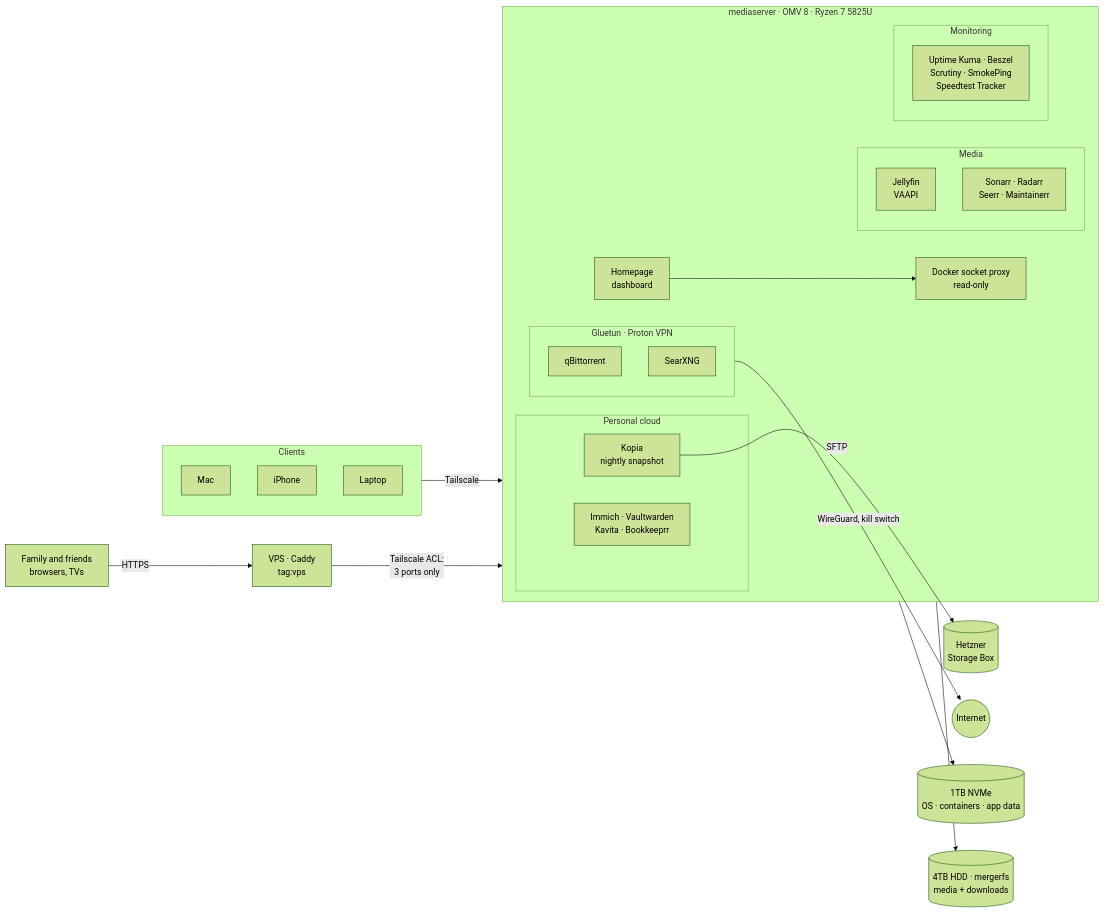
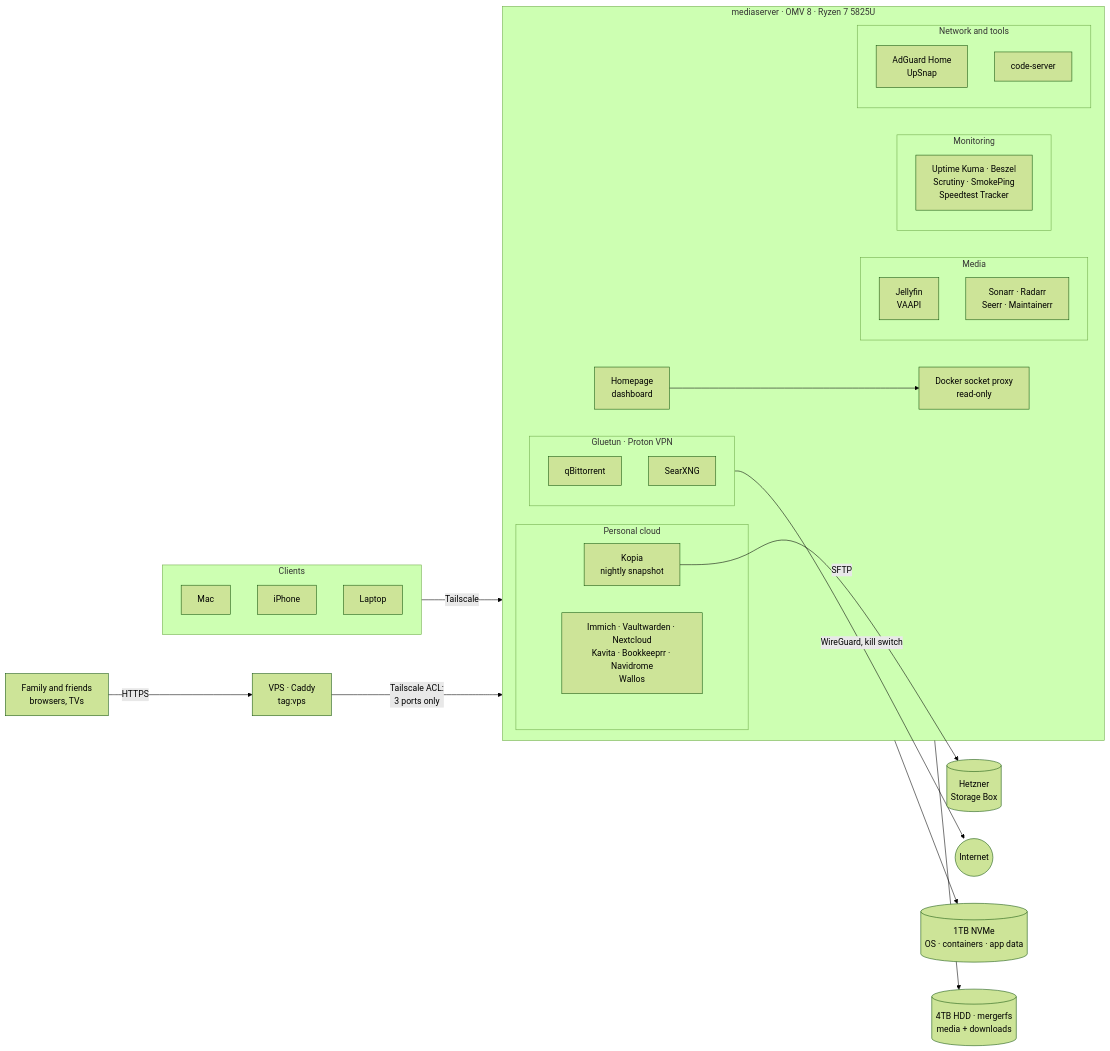
Before and after one commit to Bixade/homelab: the diagram in README.md, drawn with Mermaid (forest theme). The commit also changed other lines of this file, not shown here.

````diff
--- a/README.md
+++ b/README.md
@@ -7,37 +7,41 @@
 ```mermaid
 flowchart LR
     subgraph Clients
         Mac[Mac] & iPhone[iPhone] & Laptop[Laptop]
     end
 
     Clients -->|Tailscale| Server
 
     subgraph Server[mediaserver · OMV 8 · Ryzen 7 5825U]
         Homepage[Homepage<br/>dashboard]
         subgraph Media
             Jellyfin[Jellyfin<br/>VAAPI] 
             Arr[Sonarr · Radarr<br/>Seerr · Maintainerr]
         end
         subgraph VPN[Gluetun · Proton VPN]
             qBit[qBittorrent]
             Searx[SearXNG]
         end
         subgraph Monitoring
             Mon[Uptime Kuma · Beszel<br/>Scrutiny · SmokePing<br/>Speedtest Tracker]
         end
         subgraph Personal[Personal cloud]
-            Cloud[Immich · Vaultwarden<br/>Kavita · Bookkeeprr]
+            Cloud[Immich · Vaultwarden · Nextcloud<br/>Kavita · Bookkeeprr · Navidrome<br/>Wallos]
             Kopia[Kopia<br/>nightly snapshot]
+        end
+        subgraph Tools[Network and tools]
+            Net[AdGuard Home<br/>UpSnap]
+            Dev[code-server]
         end
         Proxy[Docker socket proxy<br/>read-only]
         Homepage --> Proxy
     end
 
     Public[Family and friends<br/>browsers, TVs] -->|HTTPS| VPS[VPS · Caddy<br/>tag:vps]
     VPS -->|Tailscale ACL:<br/>3 ports only| Server
     Kopia -->|SFTP| Box[(Hetzner<br/>Storage Box)]
 
     VPN -->|WireGuard, kill switch| Internet((Internet))
     Server --> NVMe[(1TB NVMe<br/>OS · containers · app data)]
     Server --> HDD[(4TB HDD · mergerfs<br/>media + downloads)]
 ```
````
